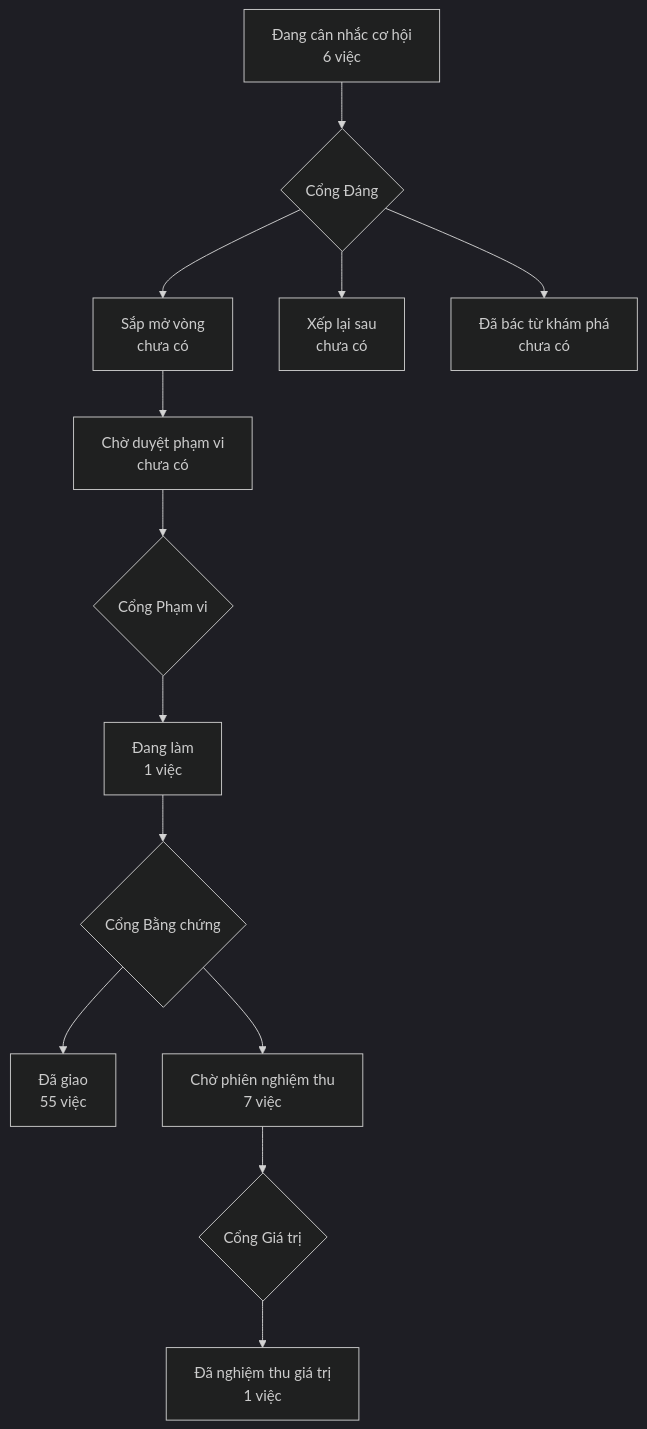
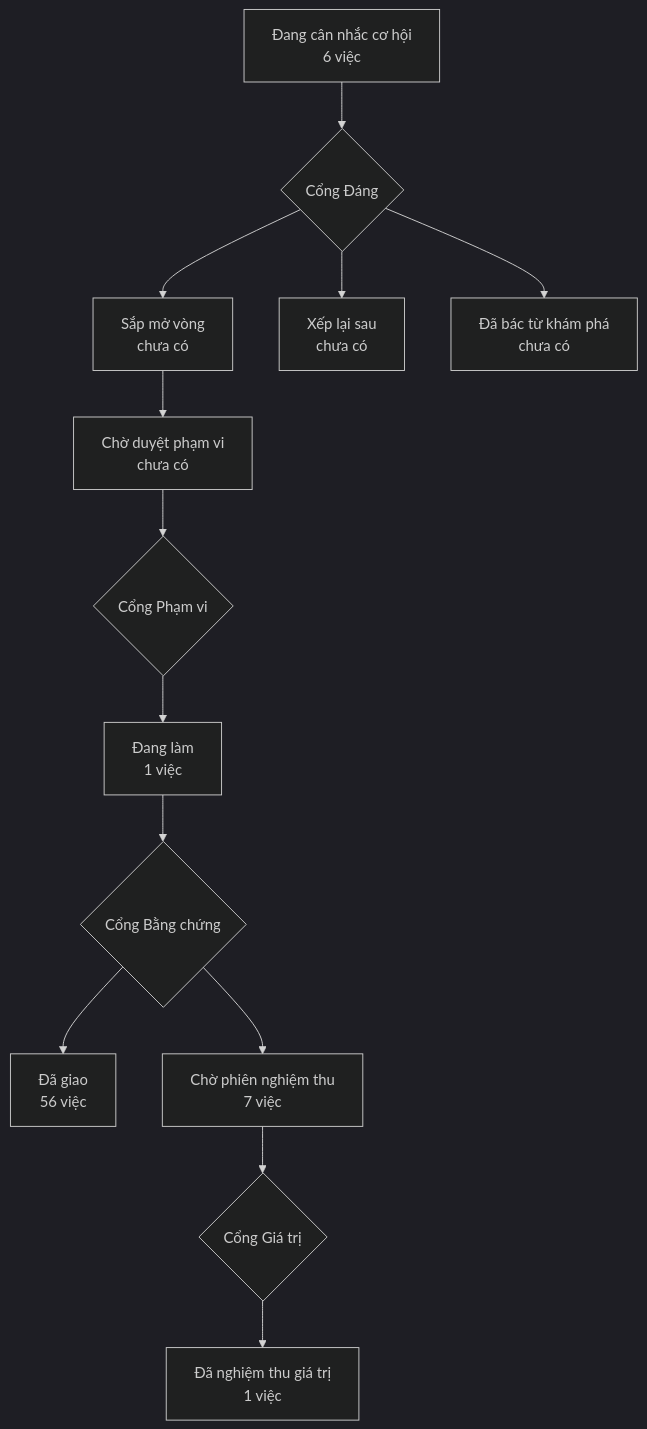
The diagram in PRODUCT-MAP.md (phanlemanh/crm-onehub), drawn with Mermaid (dark theme) before and after one commit. The commit also changed other lines of this file and 3 other files, not shown here.

````diff
--- a/PRODUCT-MAP.md
+++ b/PRODUCT-MAP.md
@@ -6,12 +6,12 @@
 ```mermaid
 flowchart TD
   A["Đang cân nhắc cơ hội<br/>6 việc"] --> GD{"Cổng Đáng"}
   GD --> B["Sắp mở vòng<br/>chưa có"]
   GD --> XL["Xếp lại sau<br/>chưa có"]
   GD --> DB["Đã bác từ khám phá<br/>chưa có"]
   B --> CD["Chờ duyệt phạm vi<br/>chưa có"] --> GP{"Cổng Phạm vi"}
   GP --> DL["Đang làm<br/>1 việc"] --> GB{"Cổng Bằng chứng"}
-  GB --> DG["Đã giao<br/>55 việc"]
+  GB --> DG["Đã giao<br/>56 việc"]
   GB --> CN["Chờ phiên nghiệm thu<br/>7 việc"] --> GG{"Cổng Giá trị"}
   GG --> NT["Đã nghiệm thu giá trị<br/>1 việc"]
 ```
````
